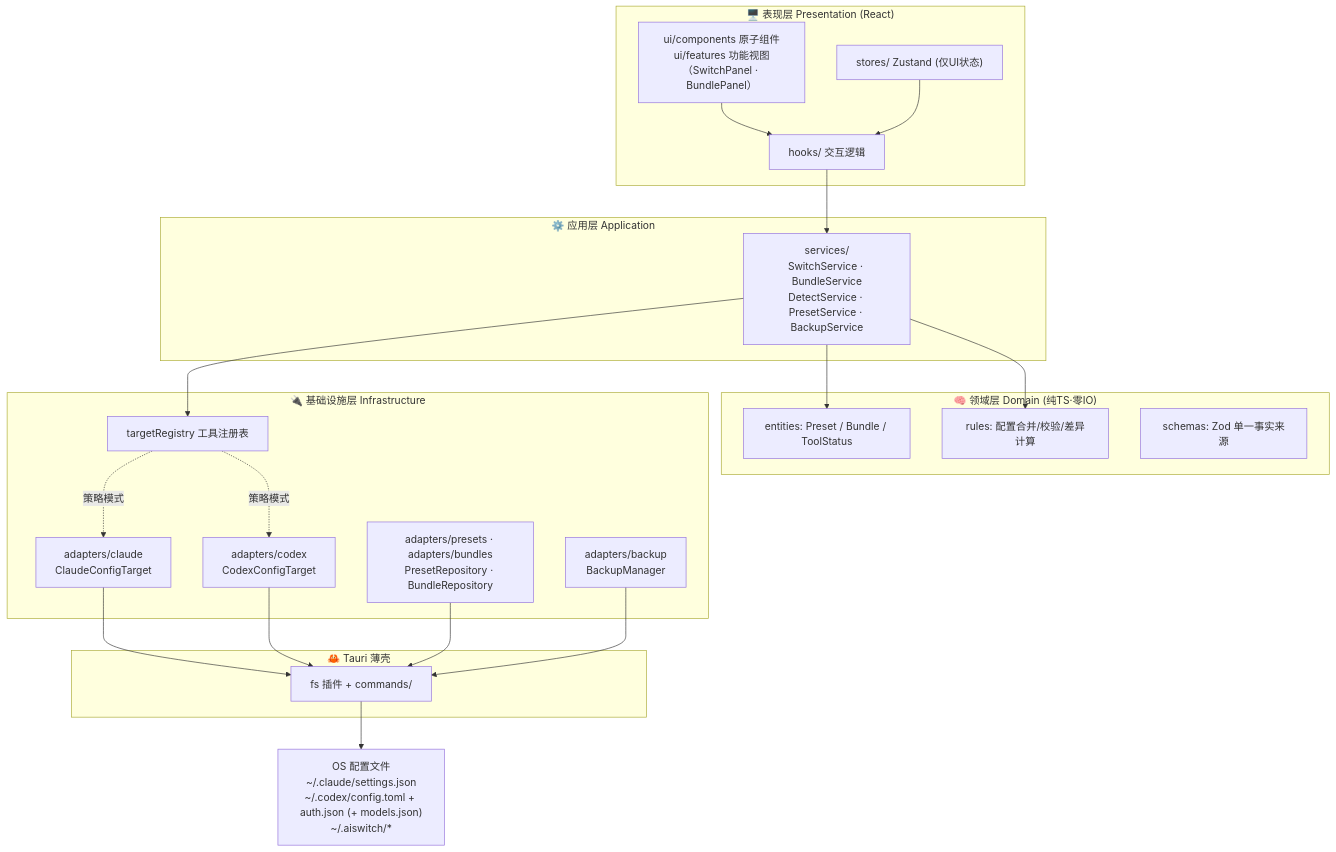
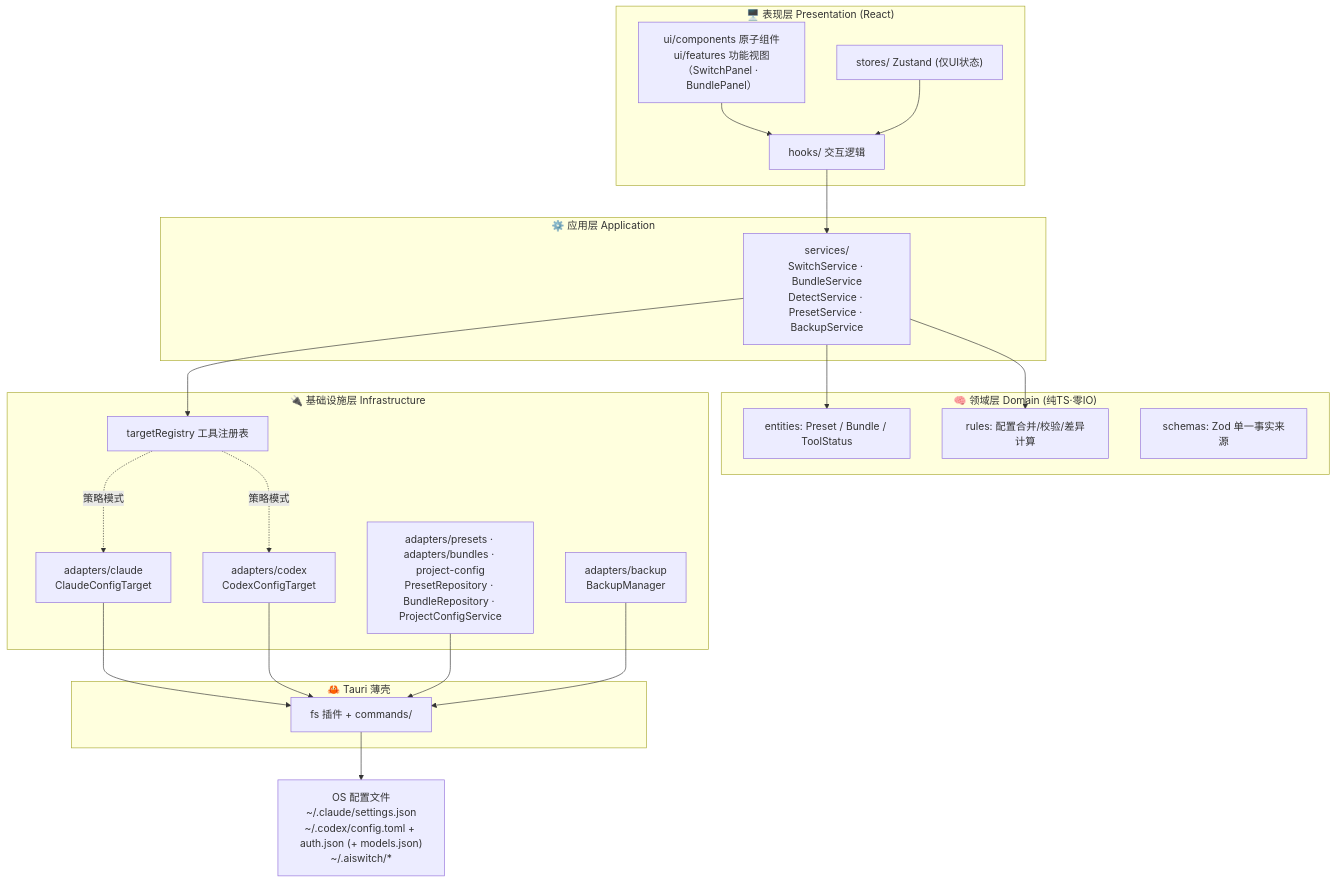
The first of 2 diagrams in docs/ARCHITECTURE.md (small-dream/AISwitch), drawn with Mermaid before and after one commit. The commit also changed other lines of this file and 35 other files, not shown here.

Commit message:
feat(project-config): add persistent project configuration management

````diff
--- a/docs/ARCHITECTURE.md
+++ b/docs/ARCHITECTURE.md
@@ -29,39 +29,39 @@
 ```mermaid
 graph TB
     subgraph L1["🖥️ 表现层 Presentation (React)"]
         UI["ui/components 原子组件<br/>ui/features 功能视图（SwitchPanel · BundlePanel）"]
         HK["hooks/ 交互逻辑"]
         ST["stores/ Zustand (仅UI状态)"]
     end
 
     subgraph L2["⚙️ 应用层 Application"]
         SVC["services/<br/>SwitchService · BundleService<br/>DetectService · PresetService · BackupService"]
     end
 
     subgraph L3["🧠 领域层 Domain (纯TS·零IO)"]
         ENT["entities: Preset / Bundle / ToolStatus"]
         RULE["rules: 配置合并/校验/差异计算"]
         SCH["schemas: Zod 单一事实来源"]
     end
 
     subgraph L4["🔌 基础设施层 Infrastructure"]
         REG["targetRegistry 工具注册表"]
         CA["adapters/claude<br/>ClaudeConfigTarget"]
         CO["adapters/codex<br/>CodexConfigTarget"]
-        PR["adapters/presets · adapters/bundles<br/>PresetRepository · BundleRepository"]
+        PR["adapters/presets · adapters/bundles · project-config<br/>PresetRepository · BundleRepository · ProjectConfigService"]
         BK["adapters/backup<br/>BackupManager"]
     end
 
     subgraph L5["🦀 Tauri 薄壳"]
         FS["fs 插件 + commands/"]
     end
 
     OS["OS 配置文件<br/>~/.claude/settings.json<br/>~/.codex/config.toml + auth.json (+ models.json)<br/>~/.aiswitch/*"]
 
     UI --> HK --> SVC
     ST --> HK
     SVC --> ENT & RULE
     SVC --> REG
     REG -.策略模式.-> CA & CO
     CA & CO & PR & BK --> FS --> OS
 ```
````
